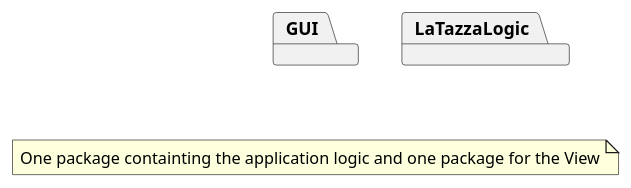
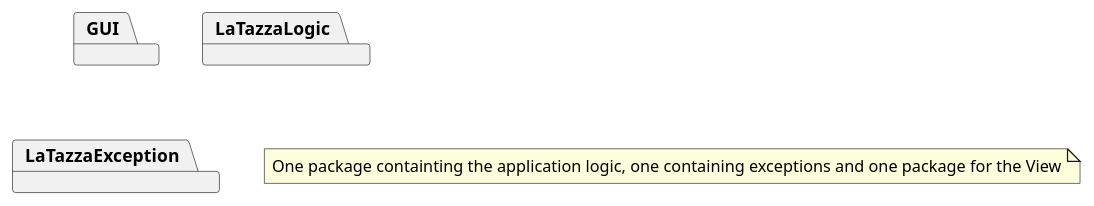
The first of 3 diagrams in templates/DesignDocumentTemplate.md (SimoneDutto/LaTazza), drawn with PlantUML before and after one commit. The commit also changed other lines of this file, not shown here.

Commit message:
Add Exceptions

````diff
--- a/templates/DesignDocumentTemplate.md
+++ b/templates/DesignDocumentTemplate.md
@@ -26,6 +26,8 @@
 ```plantuml
 package GUI 
 package LaTazzaLogic
+package LaTazzaException
 
-note "One package containting the application logic and one package for the View" as n
+note "One package containting the application logic, one containing exceptions and one package for the View" as n
+
 ```
````
